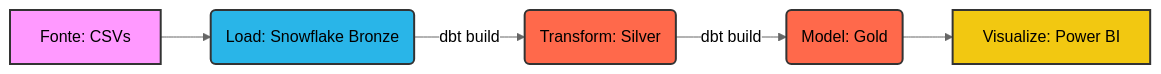
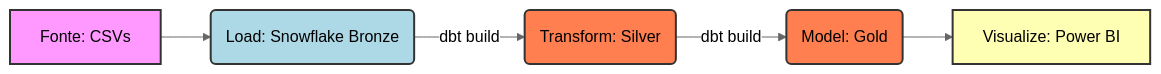
Before and after one commit to marcodelph/ecommerce: the diagram in README.md, drawn with Mermaid (neutral theme).

````diff
--- a/README.md
+++ b/README.md
@@ -21,13 +21,13 @@
 ```mermaid
 graph LR
-    A[Fonte: CSVs] --> B(Load: Snowflake Bronze);
-    B -- dbt build --> C(Transform: Silver);
-    C -- dbt build --> D(Model: Gold);
-    D --> E[Visualize: Power BI];
+    A["Fonte: CSVs"] --> B("Load: Snowflake Bronze");
+    B -- dbt build --> C("Transform: Silver");
+    C -- dbt build --> D("Model: Gold");
+    D --> E["Visualize: Power BI"];
 
-    style A fill:#F9F,stroke:#333,stroke-width:2px
-    style B fill:#29B5E8,stroke:#333,stroke-width:2px
-    style C fill:#FF694B,stroke:#333,stroke-width:2px
-    style D fill:#FF694B,stroke:#333,stroke-width:2px
-    style E fill:#F2C811,stroke:#333,stroke-width:2px
+    style A fill:#f9f,stroke:#333,stroke-width:2px,color:#000
+    style B fill:#add8e6,stroke:#333,stroke-width:2px,color:#000
+    style C fill:#ff7f50,stroke:#333,stroke-width:2px,color:#000
+    style D fill:#ff7f50,stroke:#333,stroke-width:2px,color:#000
+    style E fill:#ffffb3,stroke:#333,stroke-width:2px,color:#000
 ```
````
